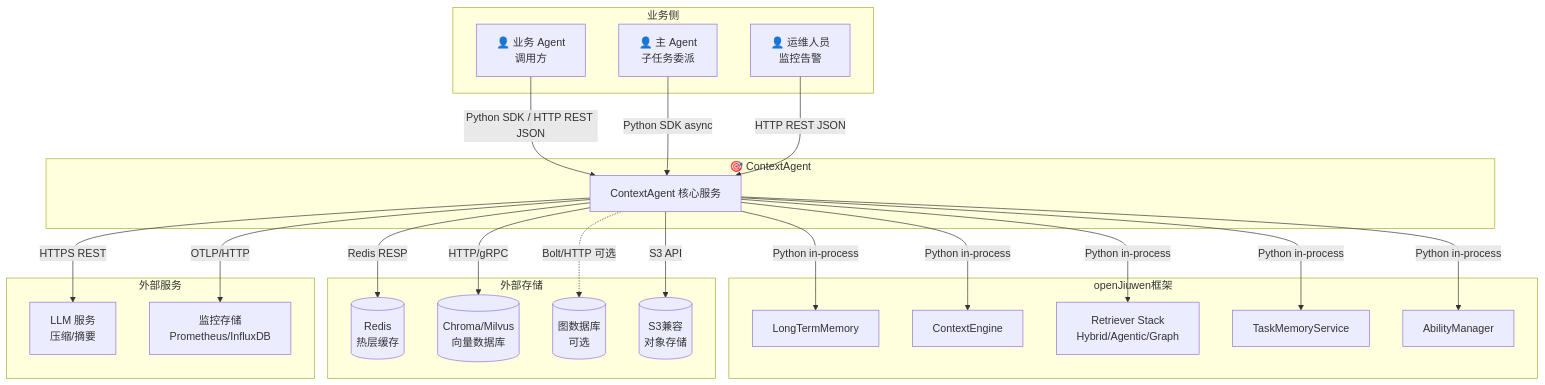
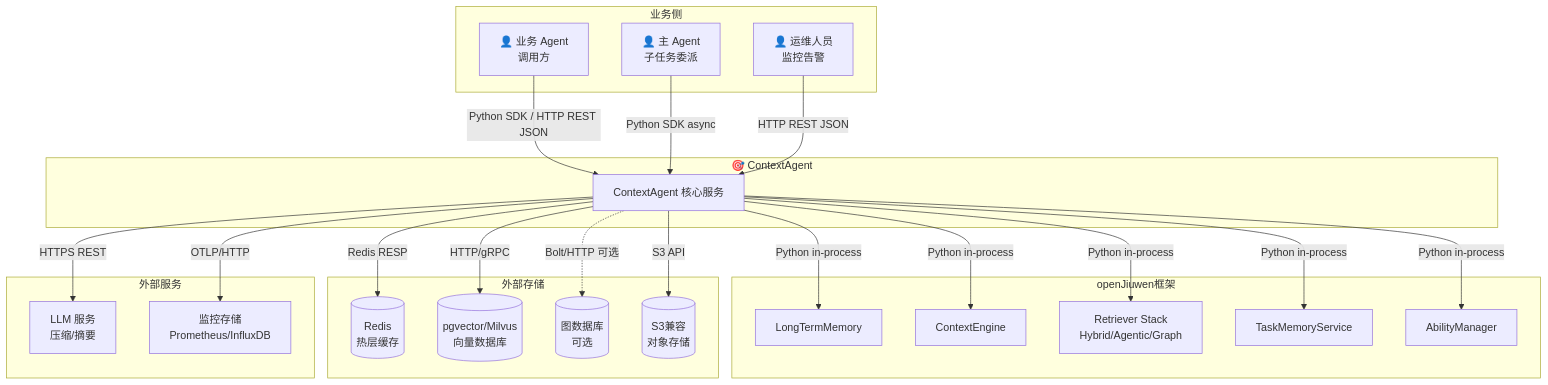
The first of 16 diagrams in docs/architecture-design.md (DanielKernel/ContextAgent), drawn with Mermaid before and after one commit. The commit also changed other lines of this file and 15 other files, not shown here.

````diff
--- a/docs/architecture-design.md
+++ b/docs/architecture-design.md
@@ -49,49 +49,49 @@
 ```mermaid
 graph TB
     subgraph 业务侧
         BA[👤 业务 Agent<br/>调用方]
         MA[👤 主 Agent<br/>子任务委派]
         OPS[👤 运维人员<br/>监控告警]
     end
 
     subgraph ContextAgent["🎯 ContextAgent"]
         CORE[ContextAgent 核心服务]
     end
 
     subgraph openJiuwen框架
         LTM[LongTermMemory]
         CE[ContextEngine]
         RET[Retriever Stack<br/>Hybrid/Agentic/Graph]
         TMS[TaskMemoryService]
         ABMGR[AbilityManager]
     end
 
     subgraph 外部存储
         REDIS[(Redis<br/>热层缓存)]
-        VEC[(Chroma/Milvus<br/>向量数据库)]
+        VEC[(pgvector/Milvus<br/>向量数据库)]
         GRAPH[(图数据库<br/>可选)]
         OBJ[(S3兼容<br/>对象存储)]
     end
 
     subgraph 外部服务
         LLM[LLM 服务<br/>压缩/摘要]
         MON[监控存储<br/>Prometheus/InfluxDB]
     end
 
     BA -->|Python SDK / HTTP REST JSON| CORE
     MA -->|Python SDK async| CORE
     OPS -->|HTTP REST JSON| CORE
 
     CORE -->|Python in-process| LTM
     CORE -->|Python in-process| CE
     CORE -->|Python in-process| RET
     CORE -->|Python in-process| TMS
     CORE -->|Python in-process| ABMGR
 
     CORE -->|Redis RESP| REDIS
     CORE -->|HTTP/gRPC| VEC
     CORE -.->|Bolt/HTTP 可选| GRAPH
     CORE -->|S3 API| OBJ
     CORE -->|HTTPS REST| LLM
     CORE -->|OTLP/HTTP| MON
 ```
````
